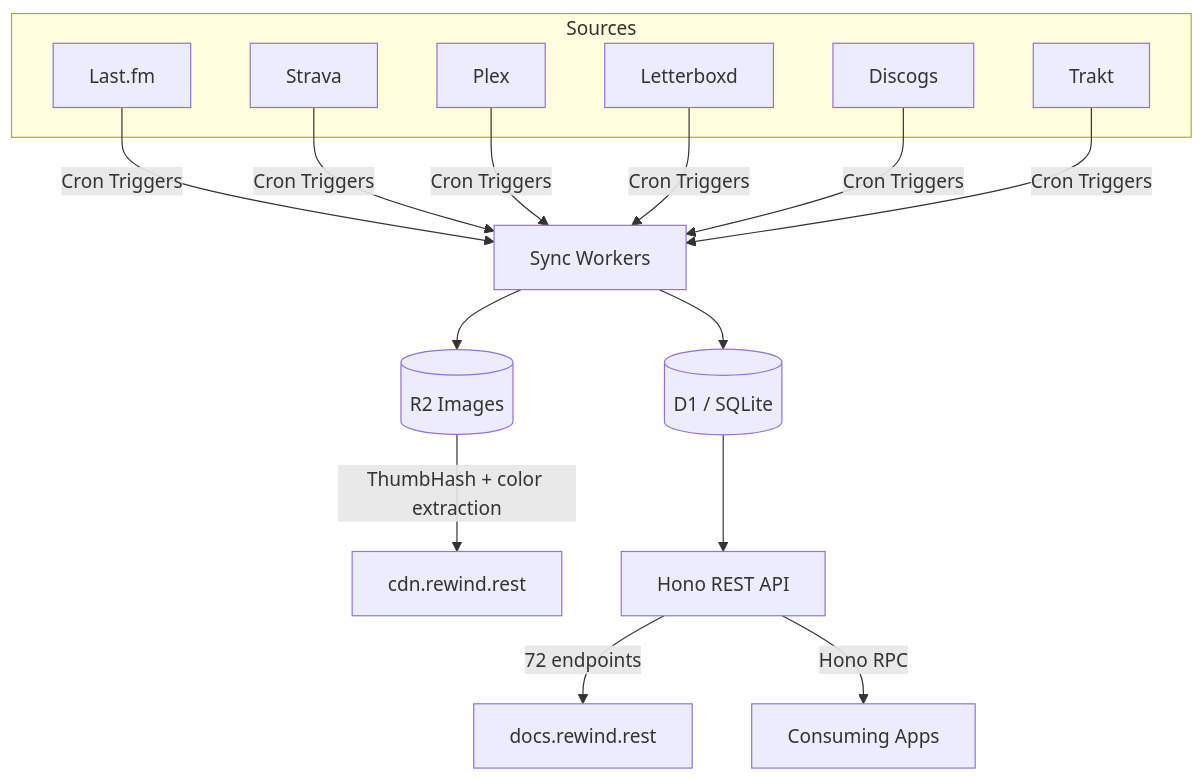
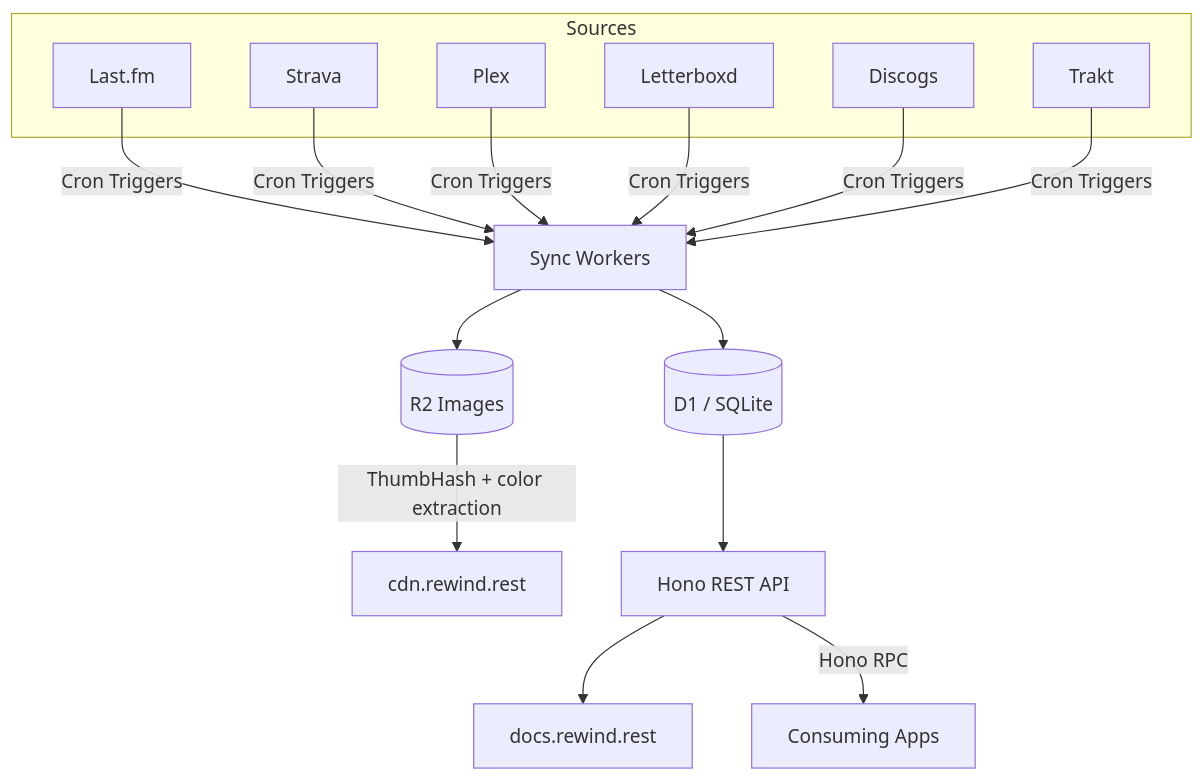
The diagram in docs/ARCHITECTURE.md (pdugan20/rewind), drawn with Mermaid before and after one commit. The commit also changed other lines of this file and 3 other files, not shown here.

Commit message:
Trim architecture doc, switch to MIT license, remove hardcoded counts

````diff
--- a/docs/ARCHITECTURE.md
+++ b/docs/ARCHITECTURE.md
@@ -5,19 +3,19 @@
 ```mermaid
 graph TD
     subgraph Sources
         LF[Last.fm]
         ST[Strava]
         PX[Plex]
         LB[Letterboxd]
         DC[Discogs]
         TR[Trakt]
     end
 
     LF & ST & PX & LB & DC & TR -->|Cron Triggers| SW[Sync Workers]
     SW --> D1[(D1 / SQLite)]
     SW --> R2[(R2 Images)]
     R2 -->|ThumbHash + color extraction| CDN[cdn.rewind.rest]
     D1 --> API[Hono REST API]
-    API -->|72 endpoints| DOCS[docs.rewind.rest]
+    API --> DOCS[docs.rewind.rest]
     API -->|Hono RPC| SITE[Consuming Apps]
 ```
````
